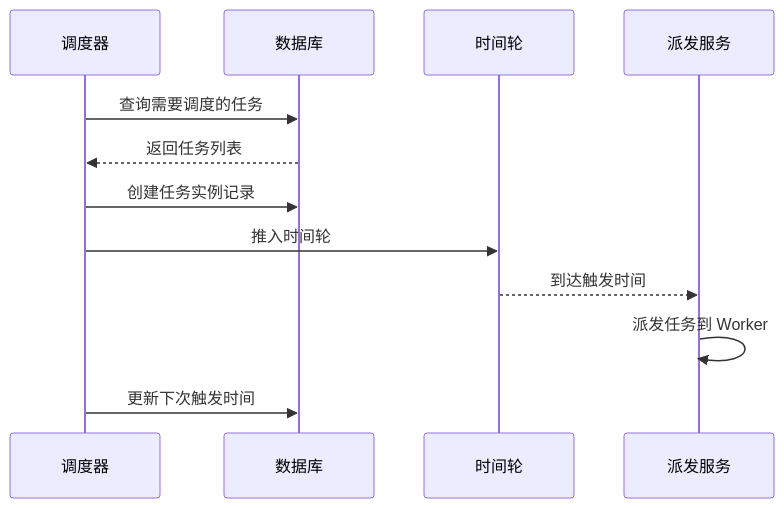
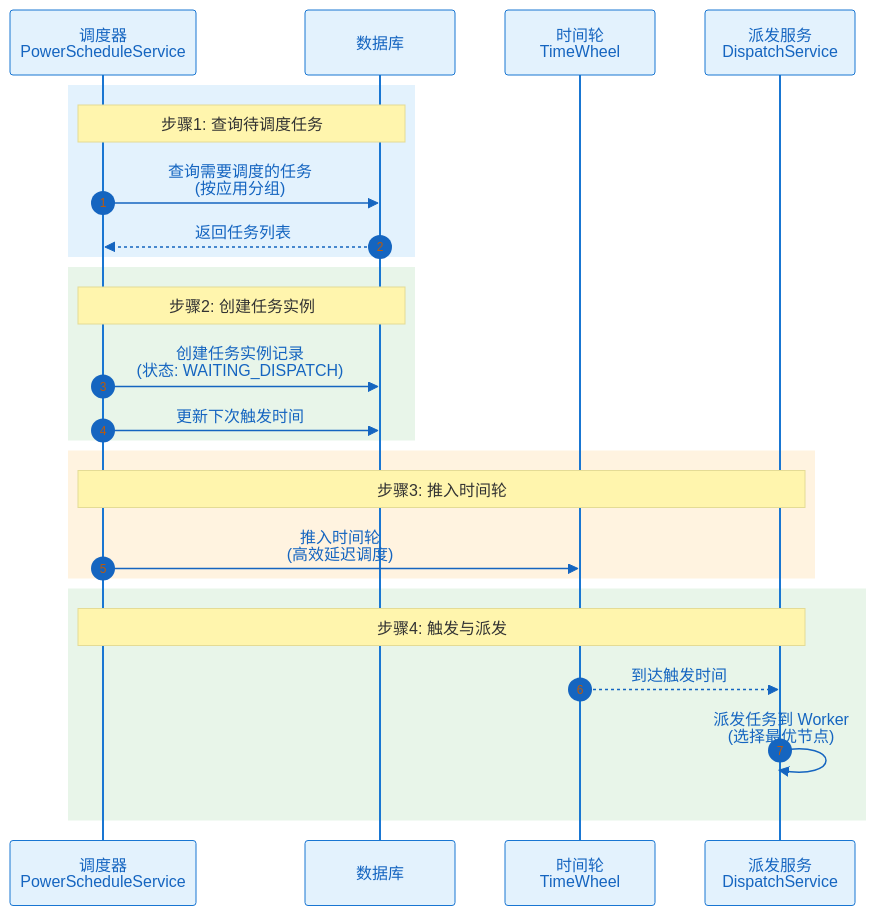
The second of 6 diagrams in zh/core/architecture.md (Echo009/PowerJob-Docs), drawn with Mermaid before and after one commit. The commit also changed other lines of this file and 7 other files, not shown here.

Commit message:
chore: 优化文档中的 mermaid 图表样式

````diff
--- a/zh/core/architecture.md
+++ b/zh/core/architecture.md
@@ -122,15 +116,33 @@
 ```mermaid
+%%{init: {'theme':'base', 'themeVariables': { 'primaryColor':'#e3f2fd', 'primaryTextColor':'#1565c0', 'primaryBorderColor':'#1976d2', 'lineColor':'#42a5f5', 'secondaryColor':'#e8f5e9', 'tertiaryColor':'#fff3e0', 'background':'#ffffff'}}}%%
 sequenceDiagram
-    participant S as 调度器
+    autonumber
+
+    participant Scheduler as 调度器<br/>PowerScheduleService
     participant DB as 数据库
-    participant TW as 时间轮
-    participant D as 派发服务
+    participant TimeWheel as 时间轮<br/>TimeWheel
+    participant Dispatcher as 派发服务<br/>DispatchService
 
-    S->>DB: 查询需要调度的任务
-    DB-->>S: 返回任务列表
-    S->>DB: 创建任务实例记录
-    S->>TW: 推入时间轮
-    TW-->>D: 到达触发时间
-    D->>D: 派发任务到 Worker
-    S->>DB: 更新下次触发时间
+    rect rgb(227, 242, 253)
+        Note over Scheduler,DB: 步骤1: 查询待调度任务
+        Scheduler->>DB: 查询需要调度的任务<br/>(按应用分组)
+        DB-->>Scheduler: 返回任务列表
+    end
+
+    rect rgb(232, 245, 233)
+        Note over Scheduler,DB: 步骤2: 创建任务实例
+        Scheduler->>DB: 创建任务实例记录<br/>(状态: WAITING_DISPATCH)
+        Scheduler->>DB: 更新下次触发时间
+    end
+
+    rect rgb(255, 243, 224)
+        Note over Scheduler,Dispatcher: 步骤3: 推入时间轮
+        Scheduler->>TimeWheel: 推入时间轮<br/>(高效延迟调度)
+    end
+
+    rect rgb(232, 245, 233)
+        Note over Scheduler,Dispatcher: 步骤4: 触发与派发
+        TimeWheel-->>Dispatcher: 到达触发时间
+        Dispatcher->>Dispatcher: 派发任务到 Worker<br/>(选择最优节点)
+    end
 ```
````
